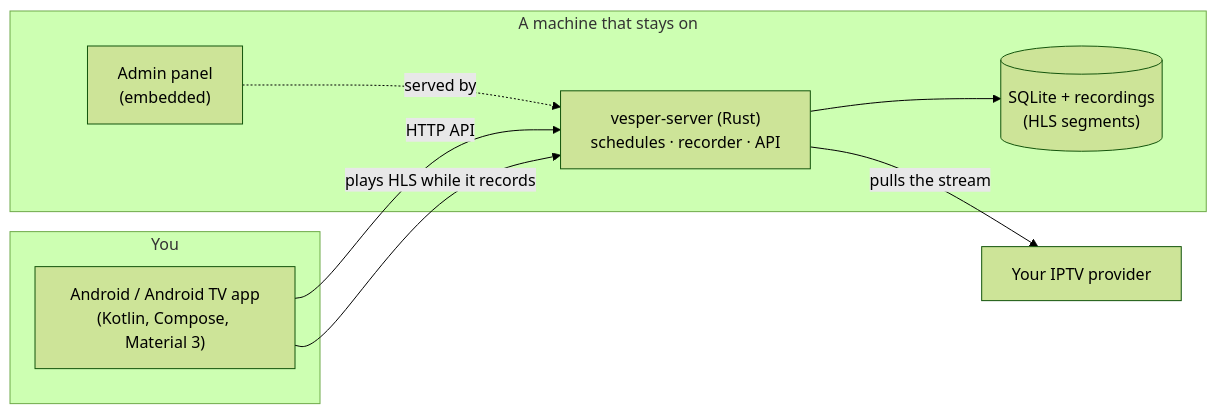
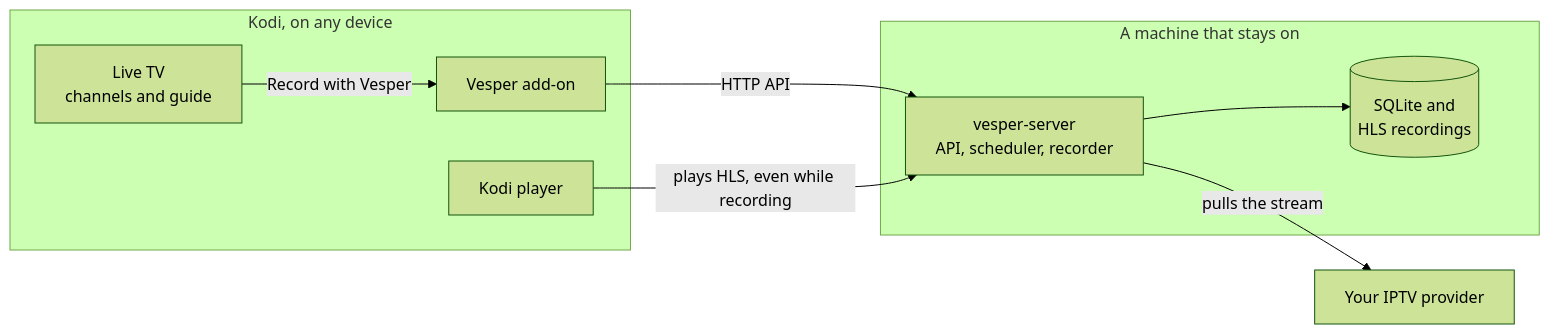
Before and after one commit to aminegames125/vesper: the diagram in README.md, drawn with Mermaid (forest theme). The commit also changed other lines of this file and 81 other files, not shown here.

First line of the commit message:
feat: Vesper is now a Kodi extension plus a recording server

````diff
--- a/README.md
+++ b/README.md
@@ -180,17 +33,18 @@
 ```mermaid
 flowchart LR
-  subgraph You
-    A["Android / Android TV app<br/>(Kotlin, Compose, Material 3)"]
+  subgraph kodi ["Kodi, on any device"]
+    live["Live TV<br/>channels and guide"]
+    addon["Vesper add-on"]
+    player["Kodi player"]
   end
-  subgraph "A machine that stays on"
-    S["vesper-server (Rust)<br/>schedules · recorder · API"]
-    D[("SQLite + recordings<br/>(HLS segments)")]
-    P["Admin panel<br/>(embedded)"]
+  subgraph box ["A machine that stays on"]
+    server["vesper-server<br/>API, scheduler, recorder"]
+    disk[("SQLite and<br/>HLS recordings")]
   end
-  I["Your IPTV provider"]
-  A -- "HTTP API" --> S
-  S --> D
-  S -- "pulls the stream" --> I
-  P -. "served by" .-> S
-  A -- "plays HLS while it records" --> S
+  iptv["Your IPTV provider"]
+  live -- "Record with Vesper" --> addon
+  addon -- "HTTP API" --> server
+  server -- "pulls the stream" --> iptv
+  server --> disk
+  player -- "plays HLS, even while recording" --> server
 ```
````
